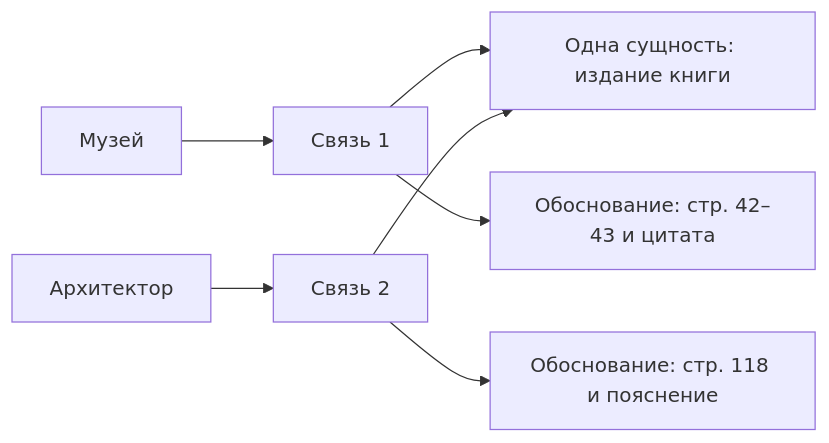
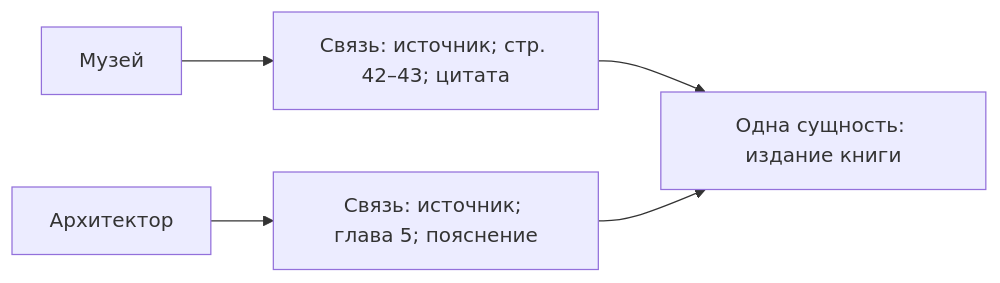
One commit to softom/2vhutemas2 changed the second of 2 diagrams in WIKI/Схема данных — источники и отображения.md. Above: the diagram before and after it, drawn with Mermaid. The commit also changed other lines of this file and 2 other files, not shown here.

````diff
--- a/WIKI/Схема данных — источники и отображения.md
+++ b/WIKI/Схема данных — источники и отображения.md
@@ -66,9 +70,7 @@
 ```mermaid
 flowchart LR
-    E1[Музей] --> L1[Связь 1]
-    E2[Архитектор] --> L2[Связь 2]
+    M[Музей] --> L1[Связь: источник; стр. 42–43; цитата]
+    A[Архитектор] --> L2[Связь: источник; глава 5; пояснение]
     L1 --> B[Одна сущность: издание книги]
     L2 --> B
-    L1 --> D1[Обоснование: стр. 42–43 и цитата]
-    L2 --> D2[Обоснование: стр. 118 и пояснение]
 ```
````
